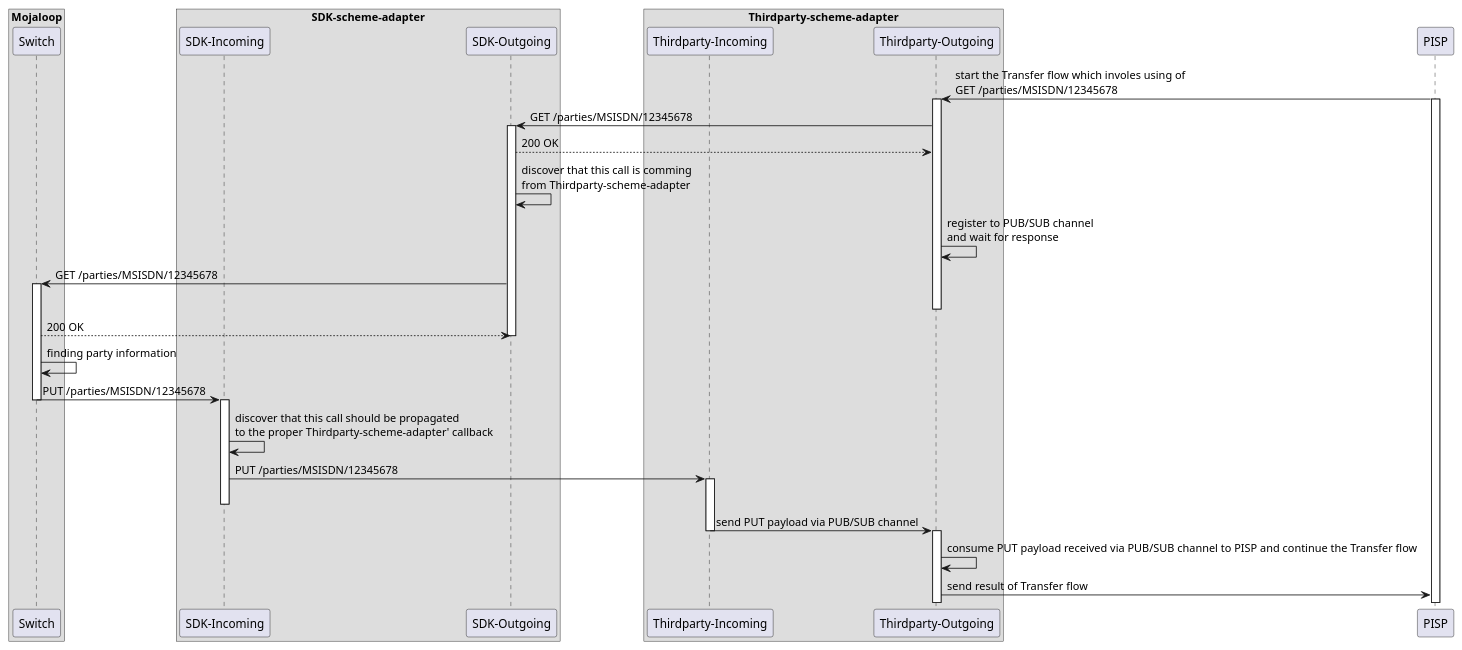
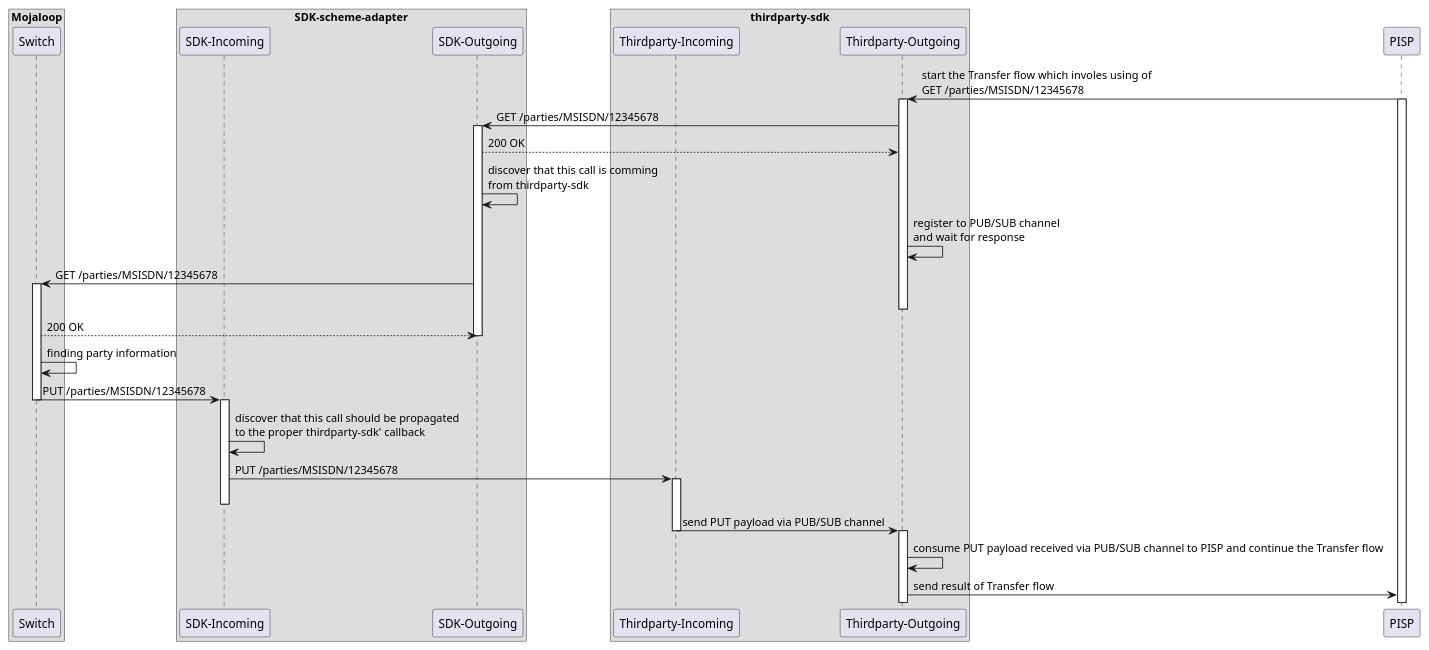
Before and after one commit to mojaloop/pisp-project: the diagram in docs/design-decisions/tandem_async_proxy.puml, drawn with PlantUML. The commit also changed 37 other files, not shown here.

```diff
--- a/docs/design-decisions/tandem_async_proxy.puml
+++ b/docs/design-decisions/tandem_async_proxy.puml
@@ -1,48 +1,48 @@
 @startuml
 
 box "Mojaloop"
   participant Switch as S
 end box
 
-box "SDK-scheme-adapter" 
+box "SDK-scheme-adapter"
   participant "SDK-Incoming" as Sin
   participant "SDK-Outgoing" as Sout
 end box
-box "Thirdparty-scheme-adapter"
+box "thirdparty-sdk"
   participant "Thirdparty-Incoming" as Tin
   participant "Thirdparty-Outgoing" as Tout
 end box
 
 participant PISP as P
 
 P -> Tout: start the Transfer flow which involes using of\nGET /parties/MSISDN/12345678
 activate P
 activate Tout
 
 Tout -> Sout: GET /parties/MSISDN/12345678
 activate Sout
 Sout --> Tout: 200 OK
-Sout -> Sout: discover that this call is comming\nfrom Thirdparty-scheme-adapter
+Sout -> Sout: discover that this call is comming\nfrom thirdparty-sdk
 Tout -> Tout: register to PUB/SUB channel\nand wait for response
 
 Sout -> S: GET /parties/MSISDN/12345678
 activate S
 deactivate Tout
 S --> Sout: 200 OK
 deactivate Sout
 
 S -> S: finding party information
 
 S -> Sin: PUT /parties/MSISDN/12345678
 deactivate S
 activate Sin
-Sin -> Sin: discover that this call should be propagated\nto the proper Thirdparty-scheme-adapter' callback
+Sin -> Sin: discover that this call should be propagated\nto the proper thirdparty-sdk' callback
 Sin -> Tin: PUT /parties/MSISDN/12345678
 activate Tin
 deactivate Sin
 Tin -> Tout: send PUT payload via PUB/SUB channel
 deactivate Tin
 activate Tout
 Tout -> Tout: consume PUT payload received via PUB/SUB channel to PISP and continue the Transfer flow
 Tout -> P: send result of Transfer flow
 @enduml
```
